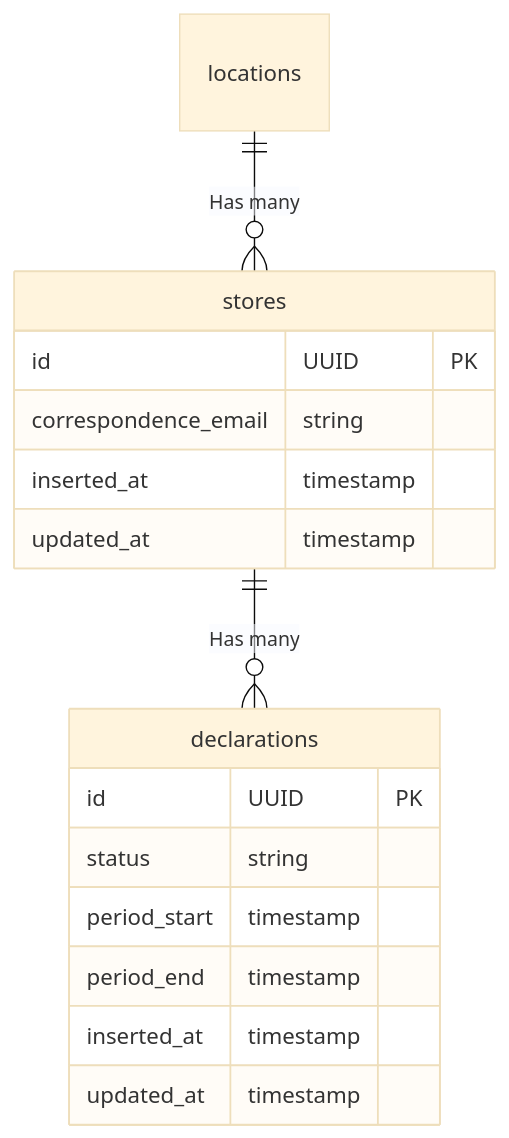
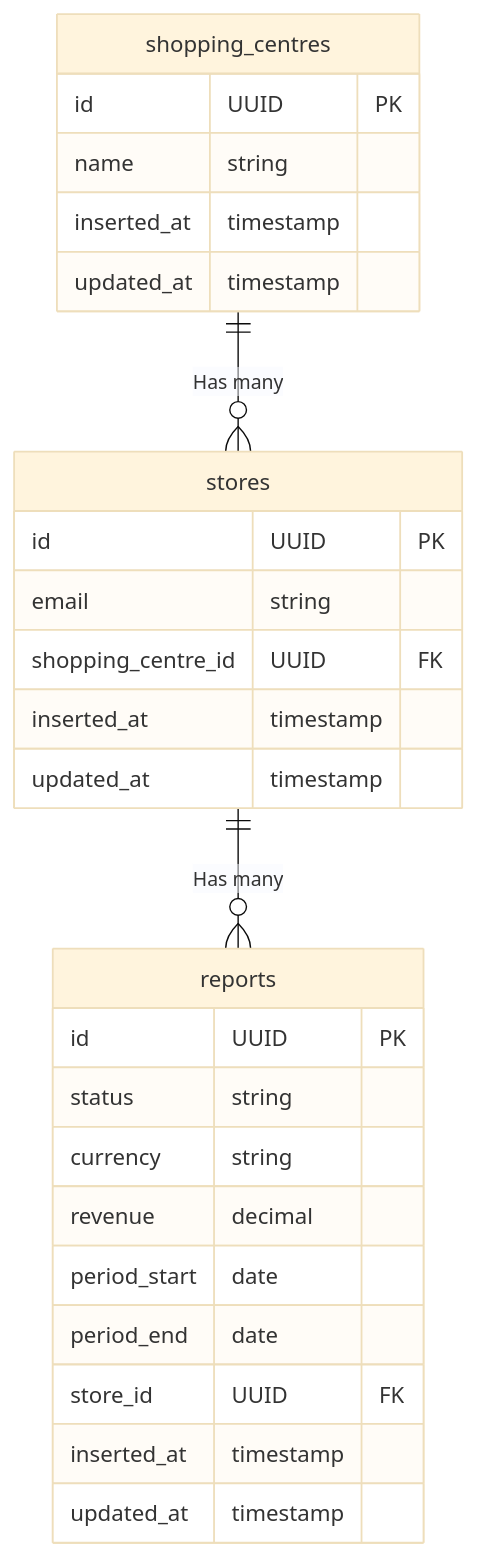
The diagram in docs/er-diagram.md (kaylenmistry/antonia), drawn with Mermaid (base theme) before and after one commit. The commit also changed 25 other files, not shown here.

````diff
--- a/docs/er-diagram.md
+++ b/docs/er-diagram.md
@@ -3,26 +3,41 @@
 ```mermaid
 erDiagram
 
-locations ||--o{ stores : "Has many"
-stores ||--o{ declarations : "Has many"
+shopping_centres ||--o{ stores : "Has many"
+stores ||--o{ reports : "Has many"
 
-stores {
+shopping_centres {
     id UUID PK
-    correspondence_email string
+    name string
 
     inserted_at timestamp
     updated_at timestamp
 }
 
-declarations {
+stores {
+    id UUID PK
+    email string
+
+    shopping_centre_id UUID FK
+
+    inserted_at timestamp
+    updated_at timestamp
+}
+
+reports {
     id UUID PK
     
     status string
 
-    period_start timestamp
-    period_end timestamp
+    currency string
+    revenue decimal
+
+    period_start date
+    period_end date
+
+    store_id UUID FK
 
     inserted_at timestamp
     updated_at timestamp
 }
 ```
````
